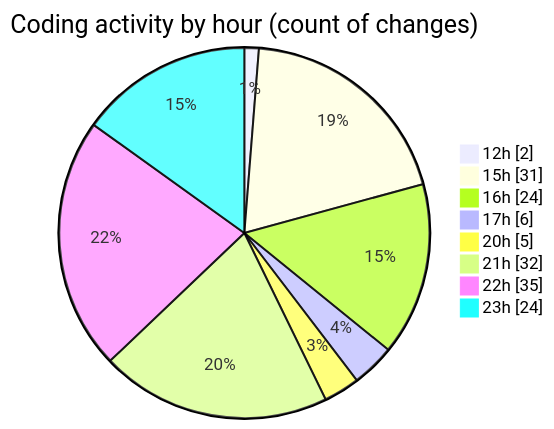
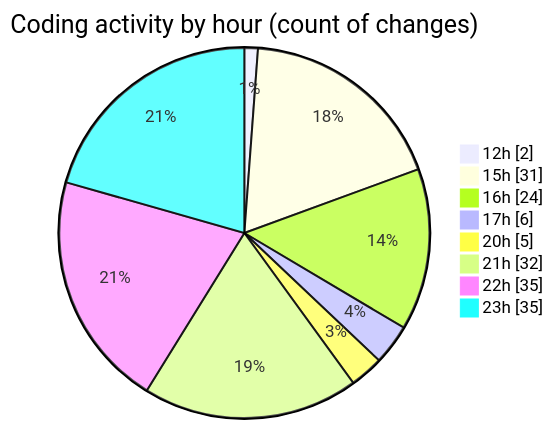
One commit to momahboobian/code-tracking changed the second of 2 diagrams in 2025-02-26/cda/README.md. Above: the diagram before and after it, drawn with Mermaid. The commit also changed other lines of this file and 1 other file, not shown here.

````diff
--- a/2025-02-26/cda/README.md
+++ b/2025-02-26/cda/README.md
@@ -48,12 +48,12 @@
 ```mermaid
 pie showData
 title Coding activity by hour (count of changes)
 "12h" : 2
 "15h" : 31
 "16h" : 24
 "17h" : 6
 "20h" : 5
 "21h" : 32
 "22h" : 35
-"23h" : 24
+"23h" : 35
 ```
````
